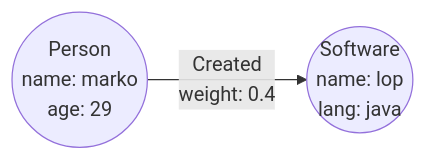
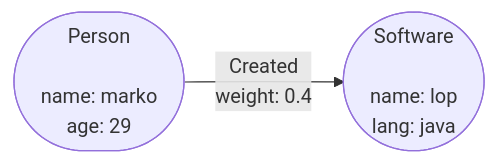
One commit to gchq/gaffer-doc changed the diagram in docs/getting-started/example-deployment/project-setup.md. Above: the diagram before and after it, drawn with Mermaid. The commit also changed 7 other files, not shown here.

````diff
--- a/docs/getting-started/example-deployment/project-setup.md
+++ b/docs/getting-started/example-deployment/project-setup.md
@@ -12,13 +12,15 @@
 ```mermaid
 graph LR
-    A(("Person
+    A(["Person
+
         name: marko
-        age: 29"))
+        age: 29"])
     --
     "Created
      weight: 0.4"
     -->
-    B(("Software
+    B(["Software
+
         name: lop
-        lang: java"))
+        lang: java"])
 ```
````
